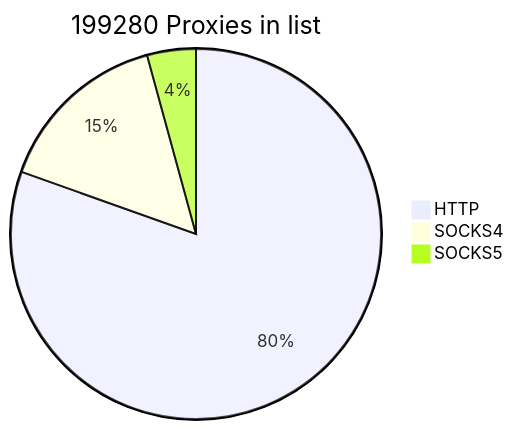
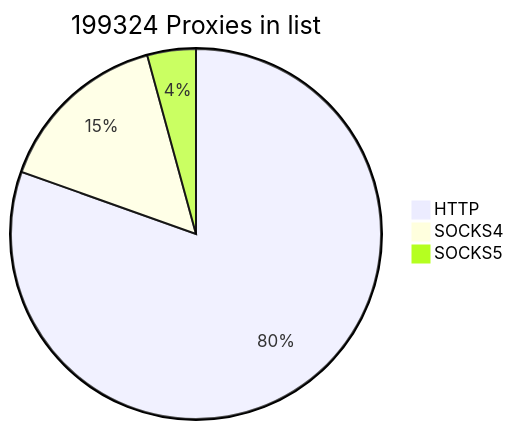
Before and after one commit to cutipu/proxylist: the first of 2 diagrams in README.md, drawn with Mermaid. The commit also changed other lines of this file, not shown here.

````diff
--- a/README.md
+++ b/README.md
@@ -2,7 +2,7 @@
 ```mermaid
-pie title 199280 Proxies in list
-    "HTTP" : 160315
-    "SOCKS4" : 30488
-    "SOCKS5" : 8477
+pie title 199324 Proxies in list
+    "HTTP" : 160345
+    "SOCKS4" : 30522
+    "SOCKS5" : 8457
             
 ```
````
